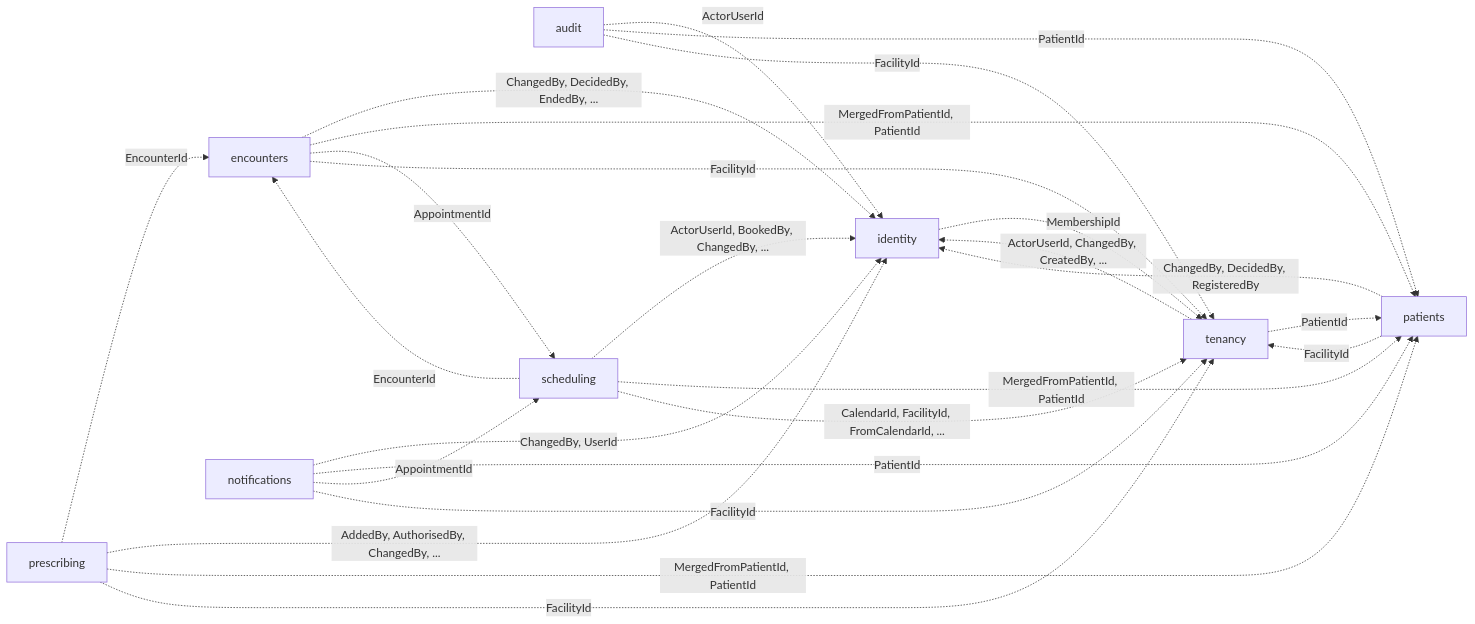
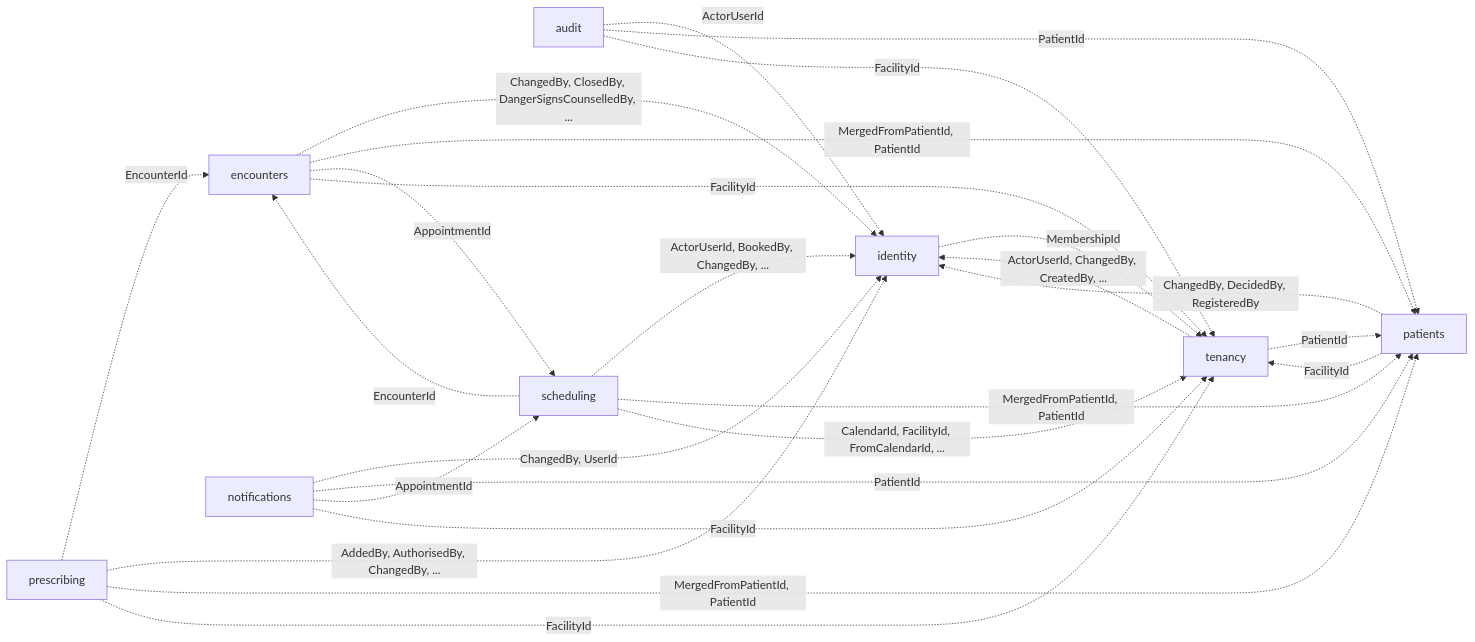
Before and after one commit to ALFRED-LUCIFER/medvya: the third of 14 diagrams in docs/03-architecture/erd.md, drawn with Mermaid. The commit also changed other lines of this file and 48 other files, not shown here.

First line of the commit message:
MDV-P2-034: pregnancy record, gestation, antenatal contacts, danger signs and a "not pregnant" statement (#1078)

````diff
--- a/docs/03-architecture/erd.md
+++ b/docs/03-architecture/erd.md
@@ -95,27 +95,27 @@
 ```mermaid
 flowchart LR
   audit -.->|"ActorUserId"| identity
   audit -.->|"PatientId"| patients
   audit -.->|"FacilityId"| tenancy
-  encounters -.->|"ChangedBy, DecidedBy, EndedBy, ..."| identity
+  encounters -.->|"ChangedBy, ClosedBy, DangerSignsCounselledBy, ..."| identity
   encounters -.->|"MergedFromPatientId, PatientId"| patients
   encounters -.->|"AppointmentId"| scheduling
   encounters -.->|"FacilityId"| tenancy
   identity -.->|"MembershipId"| tenancy
   notifications -.->|"ChangedBy, UserId"| identity
   notifications -.->|"PatientId"| patients
   notifications -.->|"AppointmentId"| scheduling
   notifications -.->|"FacilityId"| tenancy
   patients -.->|"ChangedBy, DecidedBy, RegisteredBy"| identity
   patients -.->|"FacilityId"| tenancy
   prescribing -.->|"EncounterId"| encounters
   prescribing -.->|"AddedBy, AuthorisedBy, ChangedBy, ..."| identity
   prescribing -.->|"MergedFromPatientId, PatientId"| patients
   prescribing -.->|"FacilityId"| tenancy
   scheduling -.->|"EncounterId"| encounters
   scheduling -.->|"ActorUserId, BookedBy, ChangedBy, ..."| identity
   scheduling -.->|"MergedFromPatientId, PatientId"| patients
   scheduling -.->|"CalendarId, FacilityId, FromCalendarId, ..."| tenancy
   tenancy -.->|"ActorUserId, ChangedBy, CreatedBy, ..."| identity
   tenancy -.->|"PatientId"| patients
 ```
````
